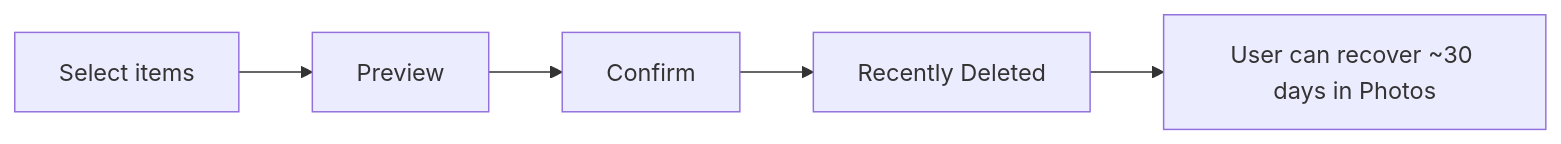
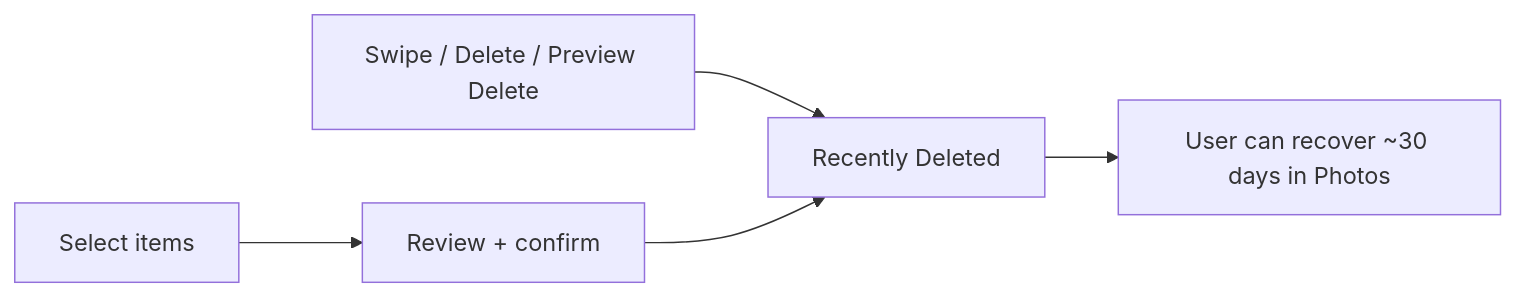
The first of 2 diagrams in docs/ios-photos.md (iman-suherman/diskwise-macos), drawn with Mermaid before and after one commit. The commit also changed other lines of this file and 5 other files, not shown here.

````diff
--- a/docs/ios-photos.md
+++ b/docs/ios-photos.md
@@ -26,7 +26,7 @@
 ```mermaid
 flowchart LR
-    A[Select items] --> B[Preview]
-    B --> C[Confirm]
-    C --> D[Recently Deleted]
+    A[Swipe / Delete / Preview Delete] --> D[Recently Deleted]
+    B[Select items] --> C[Review + confirm]
+    C --> D
     D --> E[User can recover ~30 days in Photos]
 ```
````
